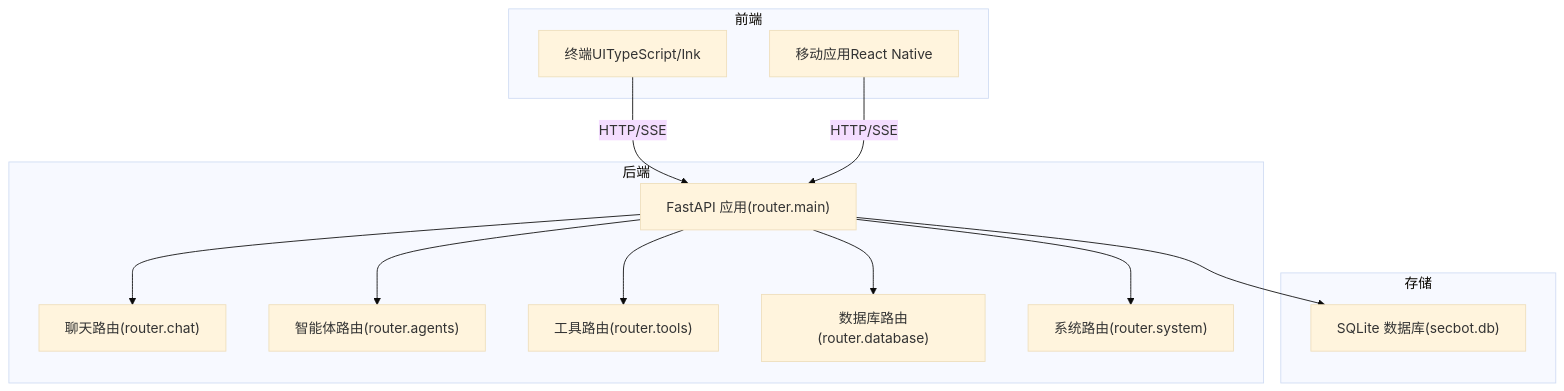
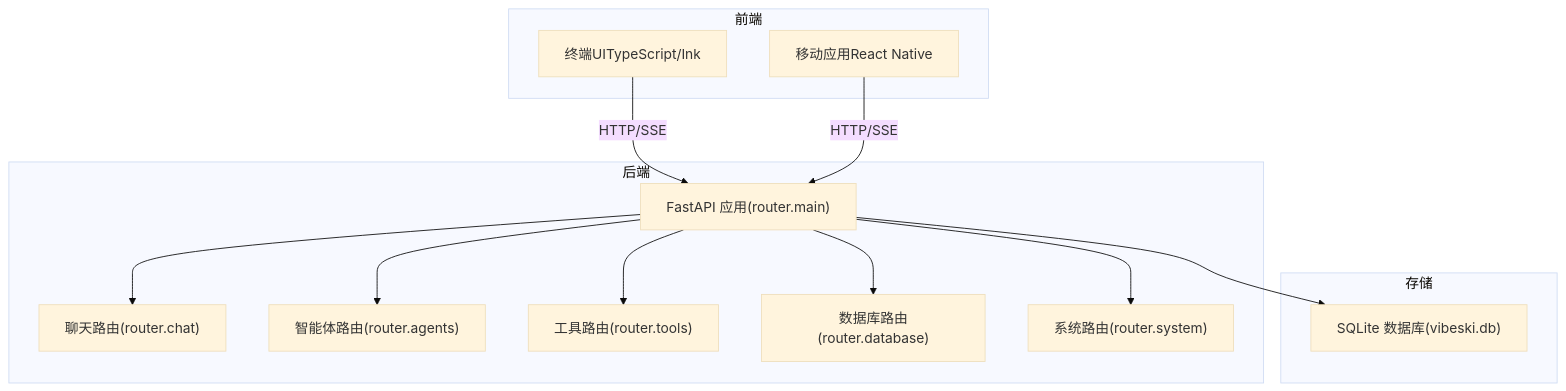
The first of 2 diagrams in .qoder/repowiki/zh/content/快速开始.md (crabin/VIBESKI), drawn with Mermaid (base theme) before and after one commit. The commit also changed other lines of this file and 170 other files, not shown here.

Commit message:
chore: rename all secbot/hackbot identifiers to vibeski

````diff
--- a/.qoder/repowiki/zh/content/快速开始.md
+++ b/.qoder/repowiki/zh/content/快速开始.md
@@ -132,26 +132,26 @@
 ```mermaid
 graph TB
 subgraph "前端"
 TUI["终端UITypeScript/Ink"]
 Mobile["移动应用React Native"]
 end
 subgraph "后端"
 API["FastAPI 应用(router.main)"]
 Chat["聊天路由(router.chat)"]
 Agents["智能体路由(router.agents)"]
 Tools["工具路由(router.tools)"]
 DB["数据库路由(router.database)"]
 Sys["系统路由(router.system)"]
 end
 subgraph "存储"
-SQLite["SQLite 数据库(secbot.db)"]
+SQLite["SQLite 数据库(vibeski.db)"]
 end
 TUI --> |"HTTP/SSE"| API
 Mobile --> |"HTTP/SSE"| API
 API --> Chat
 API --> Agents
 API --> Tools
 API --> DB
 API --> Sys
 API --> SQLite
 ```
````
